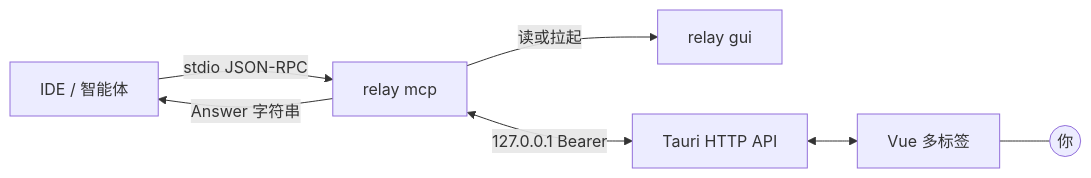
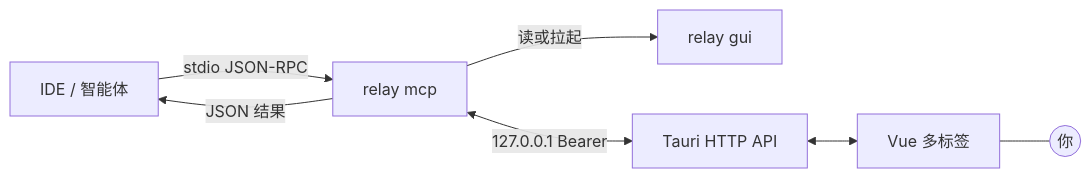
Before and after one commit to andeya/ide-relay-mcp: the diagram in README_zh.md, drawn with Mermaid. The commit also changed other lines of this file, not shown here.

````diff
--- a/README_zh.md
+++ b/README_zh.md
@@ -56,9 +56,9 @@
 ```mermaid
 flowchart LR
   IDE[IDE / 智能体] -->|stdio JSON-RPC| MCP[relay mcp]
   MCP -->|读或拉起| GUI[relay gui]
   MCP <-->|127.0.0.1 Bearer| HTTP[Tauri HTTP API]
   HTTP <--> UI[Vue 多标签]
   UI --- User((你))
-  MCP -->|Answer 字符串| IDE
+  MCP -->|JSON 结果| IDE
 ```
````
